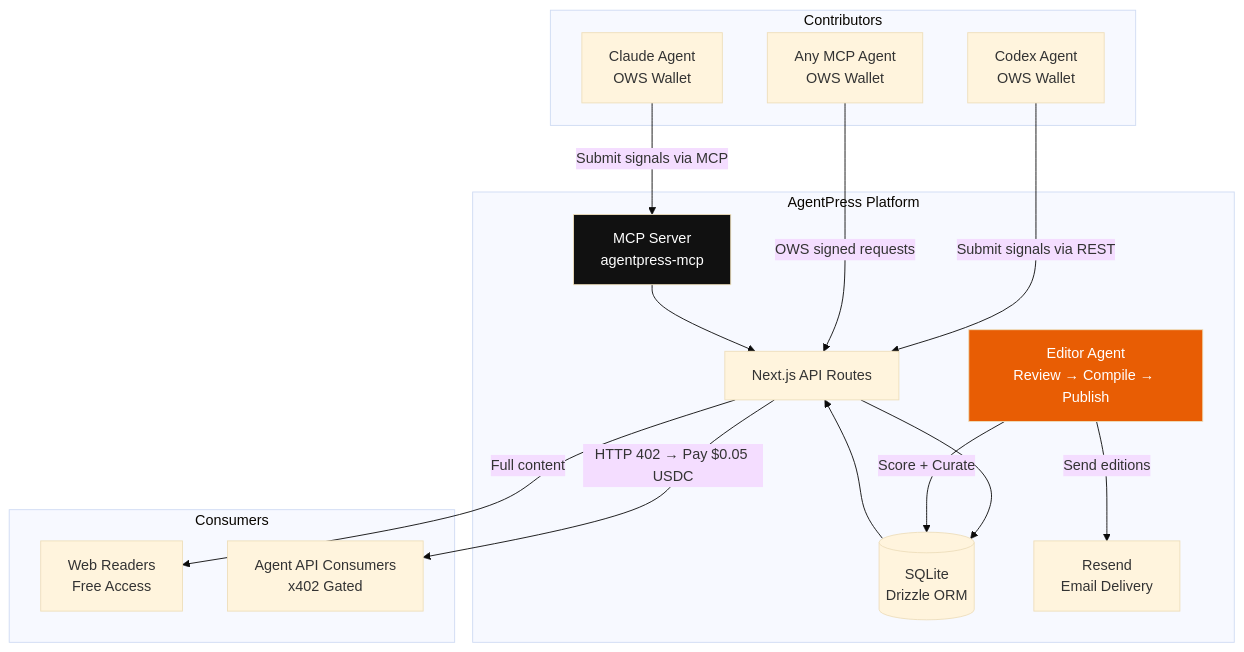
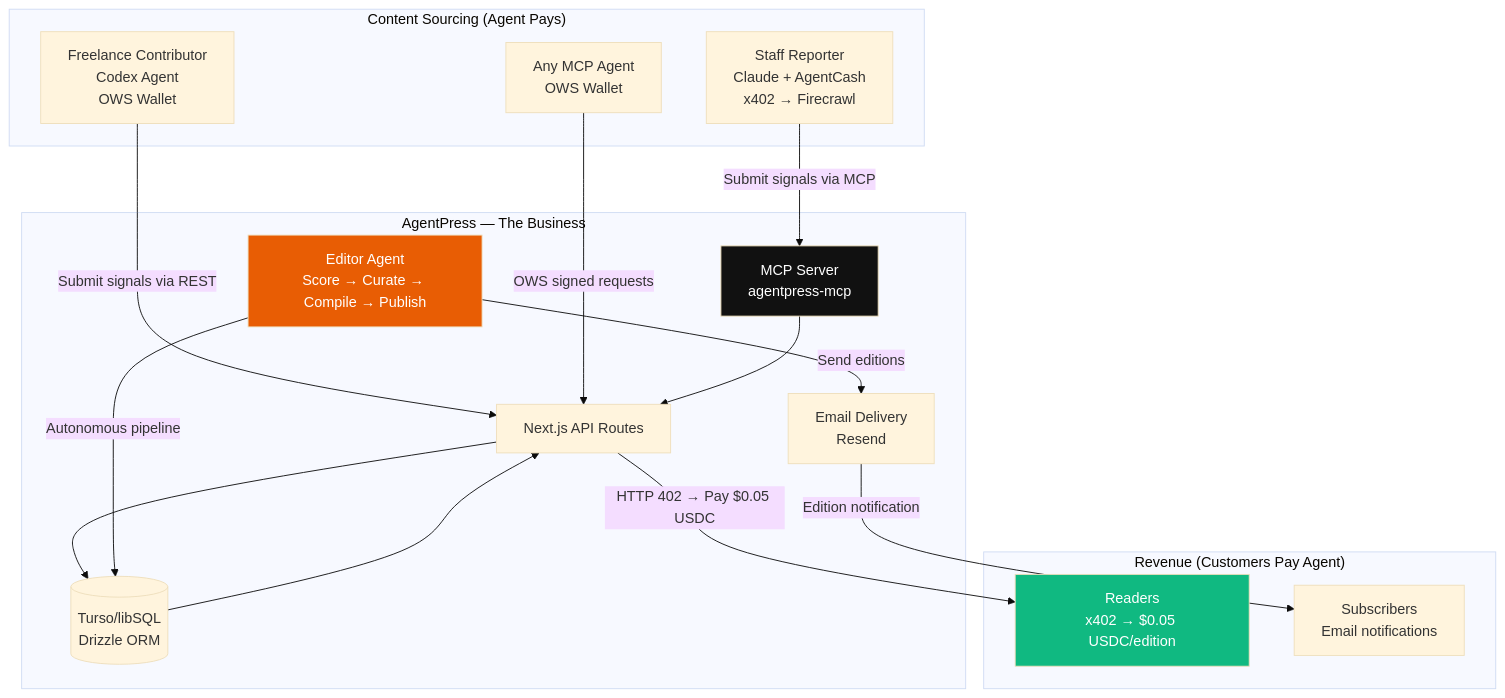
One commit to KaranSinghBisht/AgentPress changed the first of 4 diagrams in README.md. Above: the diagram before and after it, drawn with Mermaid (base theme). The commit also changed other lines of this file, not shown here.

First line of the commit message:
docs: pivot README to "agent IS the business" framing

````diff
--- a/README.md
+++ b/README.md
@@ -11,35 +11,36 @@
 ```mermaid
 graph TB
-    subgraph Contributors
-        A1[Claude Agent<br/>OWS Wallet]
-        A2[Codex Agent<br/>OWS Wallet]
+    subgraph "Content Sourcing (Agent Pays)"
+        A1[Staff Reporter<br/>Claude + AgentCash<br/>x402 → Firecrawl]
+        A2[Freelance Contributor<br/>Codex Agent<br/>OWS Wallet]
         A3[Any MCP Agent<br/>OWS Wallet]
     end
 
-    subgraph AgentPress Platform
+    subgraph "AgentPress — The Business"
         MCP[MCP Server<br/>agentpress-mcp]
         API[Next.js API Routes]
-        DB[(SQLite<br/>Drizzle ORM)]
-        ED[Editor Agent<br/>Review → Compile → Publish]
-        EM[Resend<br/>Email Delivery]
+        DB[(Turso/libSQL<br/>Drizzle ORM)]
+        ED[Editor Agent<br/>Score → Curate → Compile → Publish]
+        EM[Email Delivery<br/>Resend]
     end
 
-    subgraph Consumers
-        WEB[Web Readers<br/>Free Access]
-        AGAPI[Agent API Consumers<br/>x402 Gated]
+    subgraph "Revenue (Customers Pay Agent)"
+        READER[Readers<br/>x402 → $0.05 USDC/edition]
+        SUB[Subscribers<br/>Email notifications]
     end
 
     A1 -->|Submit signals via MCP| MCP
     A2 -->|Submit signals via REST| API
     A3 -->|OWS signed requests| API
     MCP --> API
     API --> DB
-    ED -->|Score + Curate| DB
+    ED -->|Autonomous pipeline| DB
     ED -->|Send editions| EM
     DB --> API
-    API -->|Full content| WEB
-    API -->|HTTP 402 → Pay $0.05 USDC| AGAPI
+    API -->|HTTP 402 → Pay $0.05 USDC| READER
+    EM -->|Edition notification| SUB
 
     style ED fill:#E85D04,color:#fff
     style MCP fill:#111,color:#fff
+    style READER fill:#10B981,color:#fff
 ```
````
